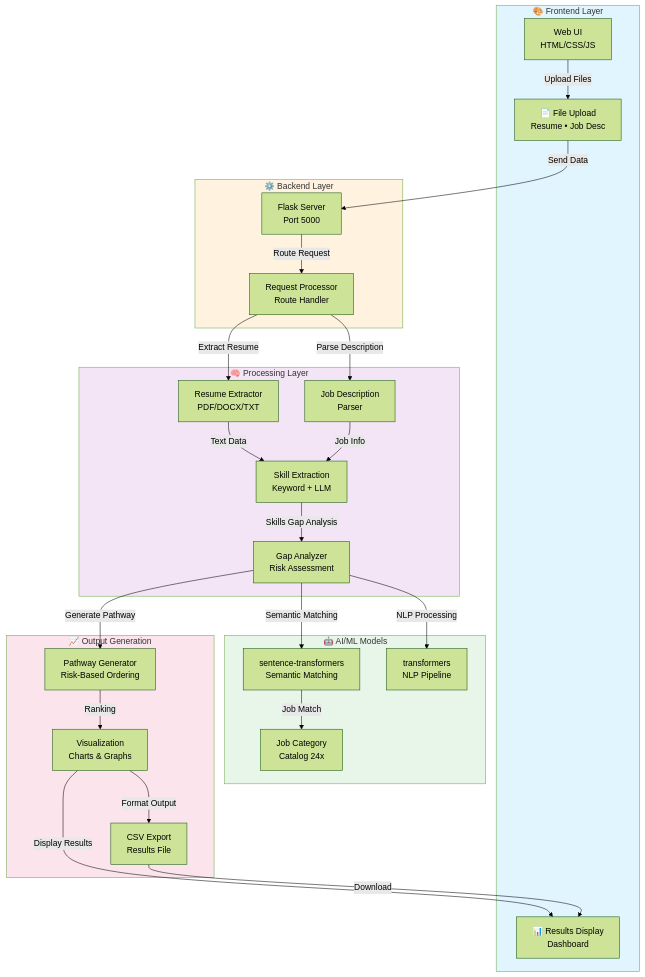
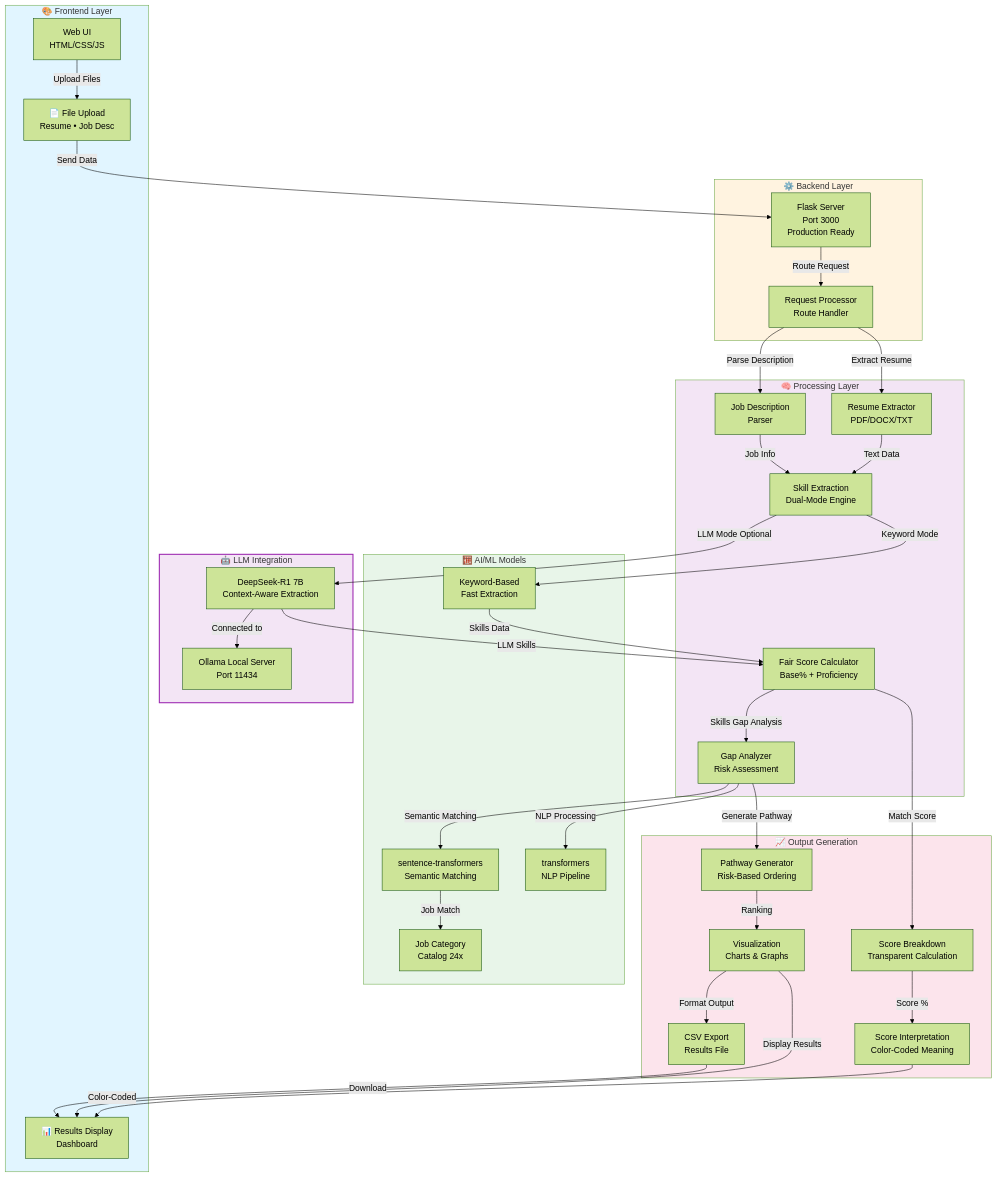
The diagram in diagrams/1_system_architecture.mmd (vaishnavkoka/adaptive-onboarding-engine), drawn with Mermaid (forest theme) before and after one commit. The commit also changed 21 other files, not shown here.

First line of the commit message:
Fix vague output + enhance gap analysis with detailed descriptions

```diff
--- a/diagrams/1_system_architecture.mmd
+++ b/diagrams/1_system_architecture.mmd
@@ -1,53 +1,74 @@
 graph TB
     subgraph Frontend["🎨 Frontend Layer"]
         UI["Web UI<br/>HTML/CSS/JS"]
         FileUpload["📄 File Upload<br/>Resume • Job Desc"]
         Results["📊 Results Display<br/>Dashboard"]
     end
     
     subgraph Backend["⚙️ Backend Layer"]
-        Flask["Flask Server<br/>Port 5000"]
+        Flask["Flask Server<br/>Port 3000<br/>Production Ready"]
         Processor["Request Processor<br/>Route Handler"]
     end
     
     subgraph Processing["🧠 Processing Layer"]
         Resume["Resume Extractor<br/>PDF/DOCX/TXT"]
         JobDesc["Job Description<br/>Parser"]
-        SkillExt["Skill Extraction<br/>Keyword + LLM"]
+        SkillExt["Skill Extraction<br/>Dual-Mode Engine"]
         GapAnalyzer["Gap Analyzer<br/>Risk Assessment"]
+        Scorer["Fair Score Calculator<br/>Base% + Proficiency"]
     end
     
-    subgraph Models["🤖 AI/ML Models"]
+    subgraph LLM["🤖 LLM Integration"]
+        Ollama["Ollama Local Server<br/>Port 11434"]
+        DeepSeek["DeepSeek-R1 7B<br/>Context-Aware Extraction"]
+    end
+    
+    subgraph Models["🧮 AI/ML Models"]
+        Keyword["Keyword-Based<br/>Fast Extraction"]
         SentenceTransformer["sentence-transformers<br/>Semantic Matching"]
         Transformers["transformers<br/>NLP Pipeline"]
         Catalog["Job Category<br/>Catalog 24x"]
     end
     
     subgraph Output["📈 Output Generation"]
+        Breakdown["Score Breakdown<br/>Transparent Calculation"]
+        Interpretation["Score Interpretation<br/>Color-Coded Meaning"]
         PathwayGen["Pathway Generator<br/>Risk-Based Ordering"]
         Visualization["Visualization<br/>Charts & Graphs"]
         CSV["CSV Export<br/>Results File"]
     end
     
     UI -->|Upload Files| FileUpload
     FileUpload -->|Send Data| Flask
     Flask -->|Route Request| Processor
     Processor -->|Extract Resume| Resume
     Processor -->|Parse Description| JobDesc
     Resume -->|Text Data| SkillExt
     JobDesc -->|Job Info| SkillExt
-    SkillExt -->|Skills Gap Analysis| GapAnalyzer
+    SkillExt -->|Keyword Mode| Keyword
+    SkillExt -->|LLM Mode Optional| DeepSeek
+    DeepSeek -->|Connected to| Ollama
+    Keyword -->|Skills Data| Scorer
+    DeepSeek -->|LLM Skills| Scorer
+    Scorer -->|Skills Gap Analysis| GapAnalyzer
     GapAnalyzer -->|Semantic Matching| SentenceTransformer
     GapAnalyzer -->|NLP Processing| Transformers
     SentenceTransformer -->|Job Match| Catalog
+    Scorer -->|Match Score| Breakdown
+    Breakdown -->|Score %| Interpretation
+    Interpretation -->|Color-Coded| Results
     GapAnalyzer -->|Generate Pathway| PathwayGen
     PathwayGen -->|Ranking| Visualization
     Visualization -->|Format Output| CSV
     Visualization -->|Display Results| Results
     CSV -->|Download| Results
     
     style Frontend fill:#e1f5ff
     style Backend fill:#fff3e0
+    style LLM fill:#f3e5f5,stroke:#9c27b0,stroke-width:2px
+    style Processing fill:#e8f5e9
+    style Models fill:#fce4ec
+    style Output fill:#fff9c4
     style Processing fill:#f3e5f5
     style Models fill:#e8f5e9
     style Output fill:#fce4ec
```
